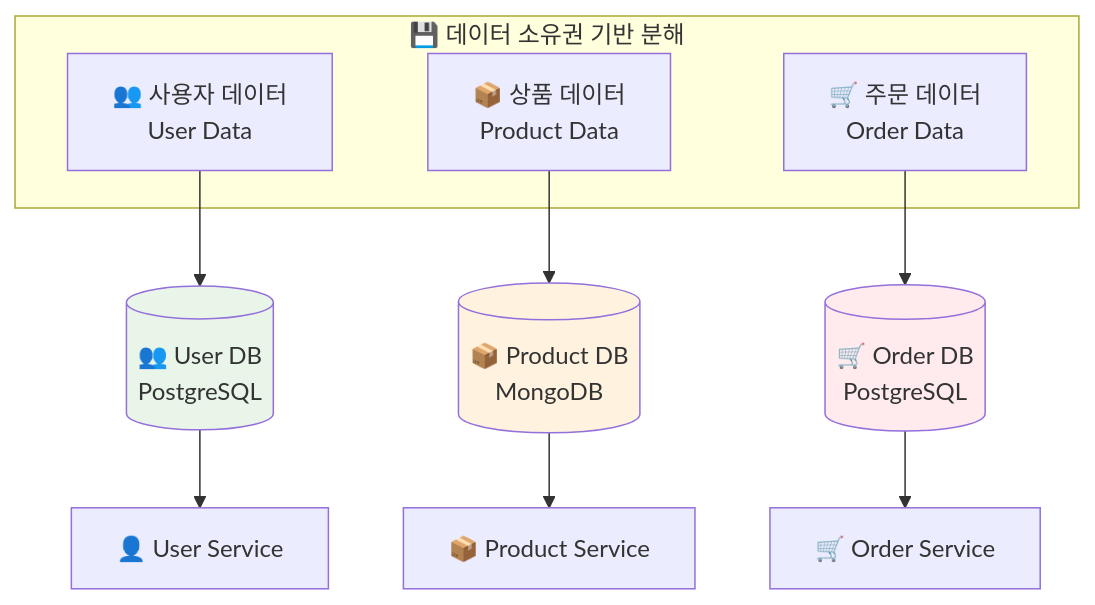
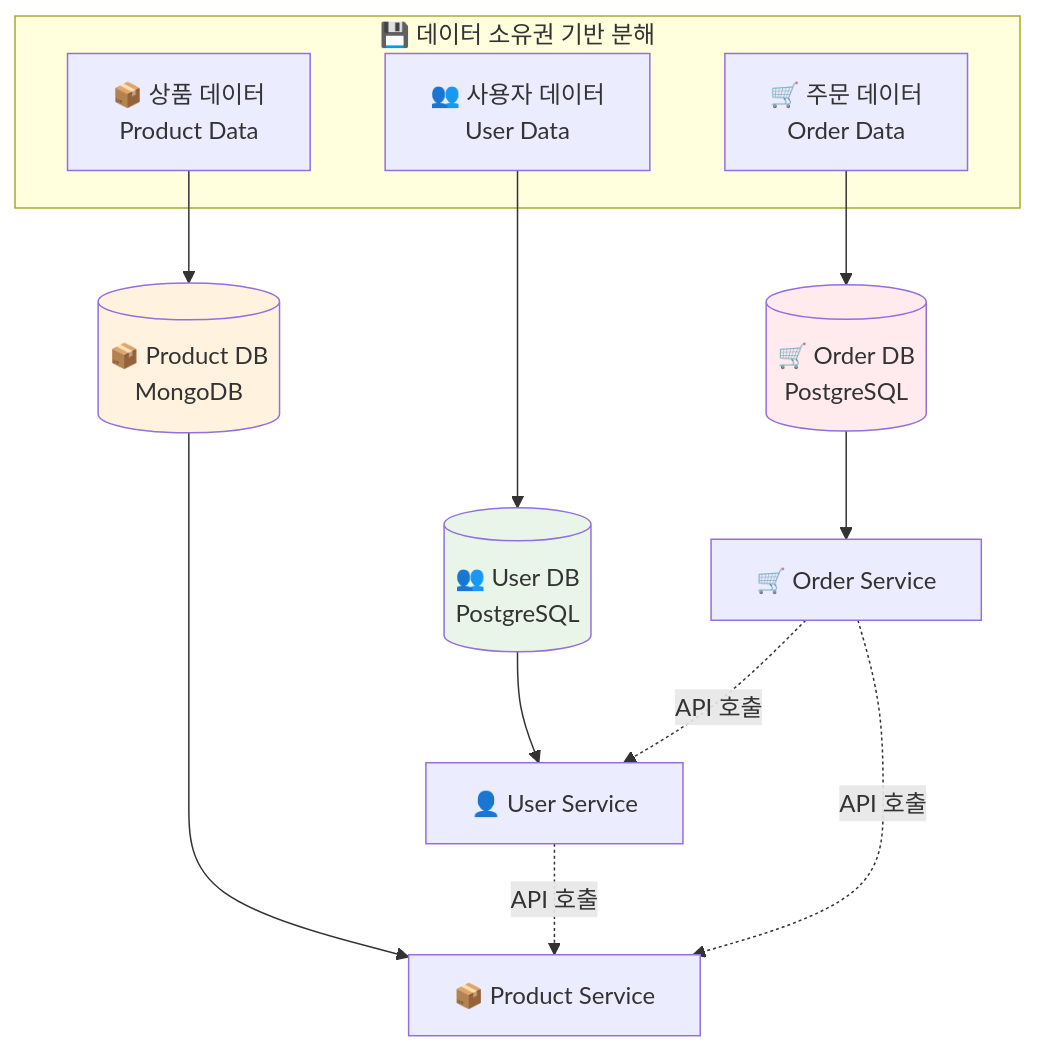
The sixth of 15 diagrams in theory/week_04/day1/session_2.md (niceguy61/kdt_devops_lecture_2025), drawn with Mermaid before and after one commit. The commit also changed other lines of this file, not shown here.

````diff
--- a/theory/week_04/day1/session_2.md
+++ b/theory/week_04/day1/session_2.md
@@ -293,20 +314,24 @@
 ```mermaid
 graph TB
     subgraph "💾 데이터 소유권 기반 분해"
         A[👥 사용자 데이터<br/>User Data]
         B[📦 상품 데이터<br/>Product Data]
         C[🛒 주문 데이터<br/>Order Data]
     end
     
     A --> A1[(👥 User DB<br/>PostgreSQL)]
     B --> B1[(📦 Product DB<br/>MongoDB)]
     C --> C1[(🛒 Order DB<br/>PostgreSQL)]
     
     A1 --> A2[👤 User Service]
     B1 --> B2[📦 Product Service]
     C1 --> C2[🛒 Order Service]
     
+    A2 -.->|API 호출| B2
+    C2 -.->|API 호출| A2
+    C2 -.->|API 호출| B2
+    
     style A1 fill:#e8f5e8
     style B1 fill:#fff3e0
     style C1 fill:#ffebee
 ```
````
